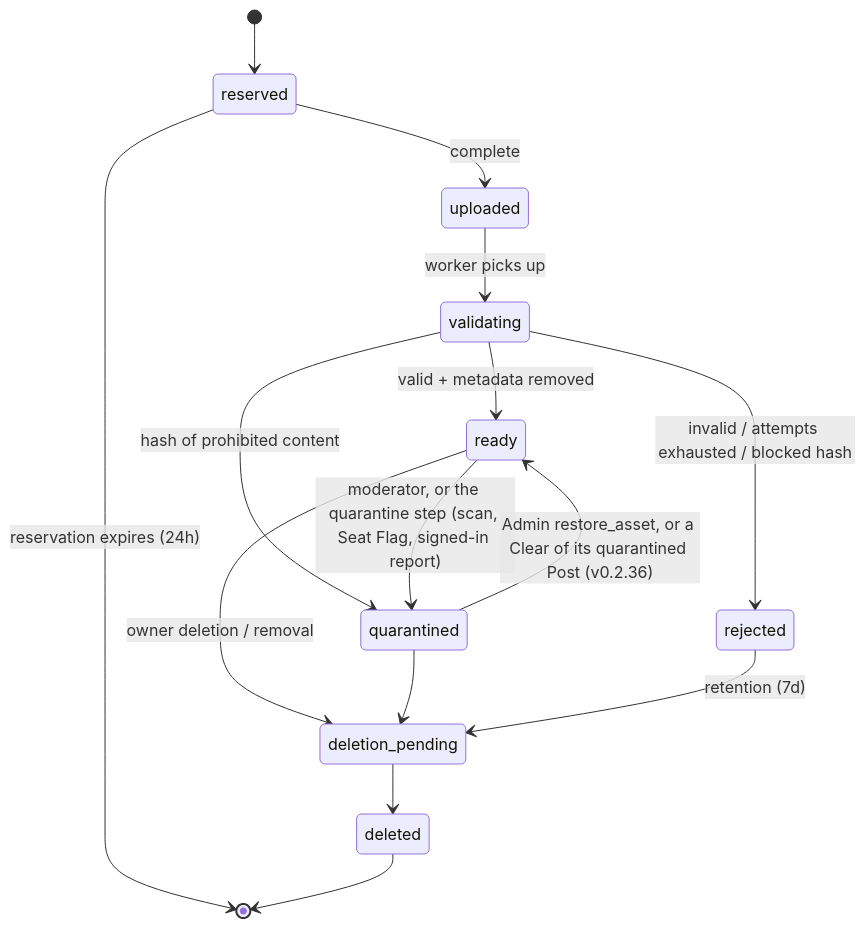
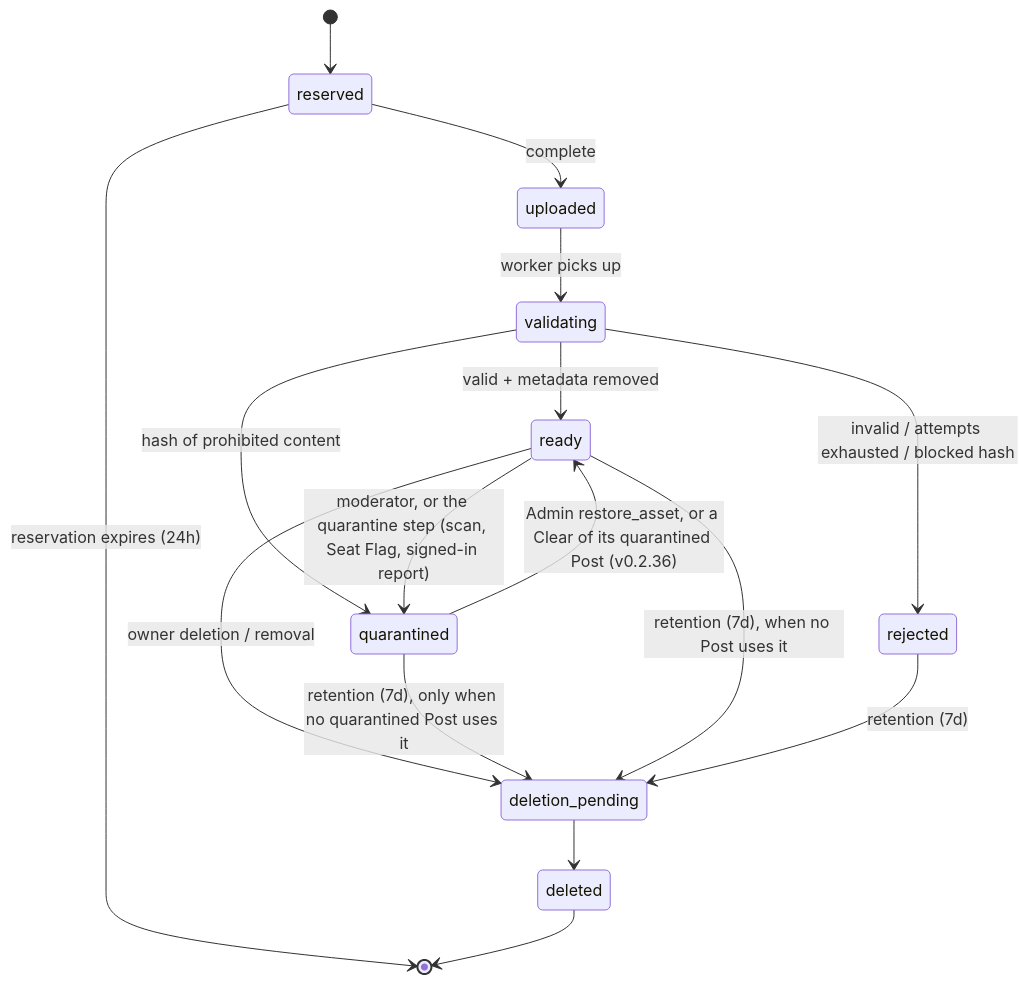
The first of 2 diagrams in docs/SPEC.md (Zero-State-LLC/JChain), drawn with Mermaid before and after one commit. The commit also changed other lines of this file and 18 other files, not shown here.

````diff
--- a/docs/SPEC.md
+++ b/docs/SPEC.md
@@ -192,17 +192,18 @@
 ```mermaid
 stateDiagram-v2
   [*] --> reserved
   reserved --> uploaded: complete
   reserved --> [*]: reservation expires (24h)
   uploaded --> validating: worker picks up
   validating --> ready: valid + metadata removed
   validating --> rejected: invalid / attempts exhausted / blocked hash
   validating --> quarantined: hash of prohibited content
   ready --> quarantined: moderator, or the quarantine step (scan, Seat Flag, signed-in report)
   quarantined --> ready: Admin restore_asset, or a Clear of its quarantined Post (v0.2.36)
   ready --> deletion_pending: owner deletion / removal
-  quarantined --> deletion_pending
+  quarantined --> deletion_pending: retention (7d), only when no quarantined Post uses it
+  ready --> deletion_pending: retention (7d), when no Post uses it
   rejected --> deletion_pending: retention (7d)
   deletion_pending --> deleted
   deleted --> [*]
 ```
````
